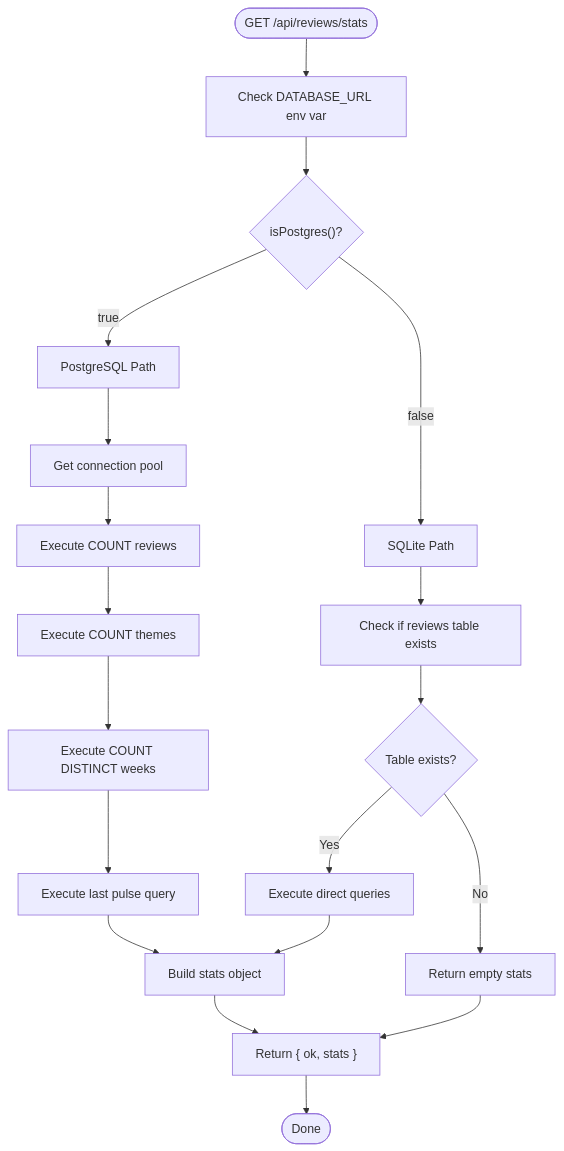
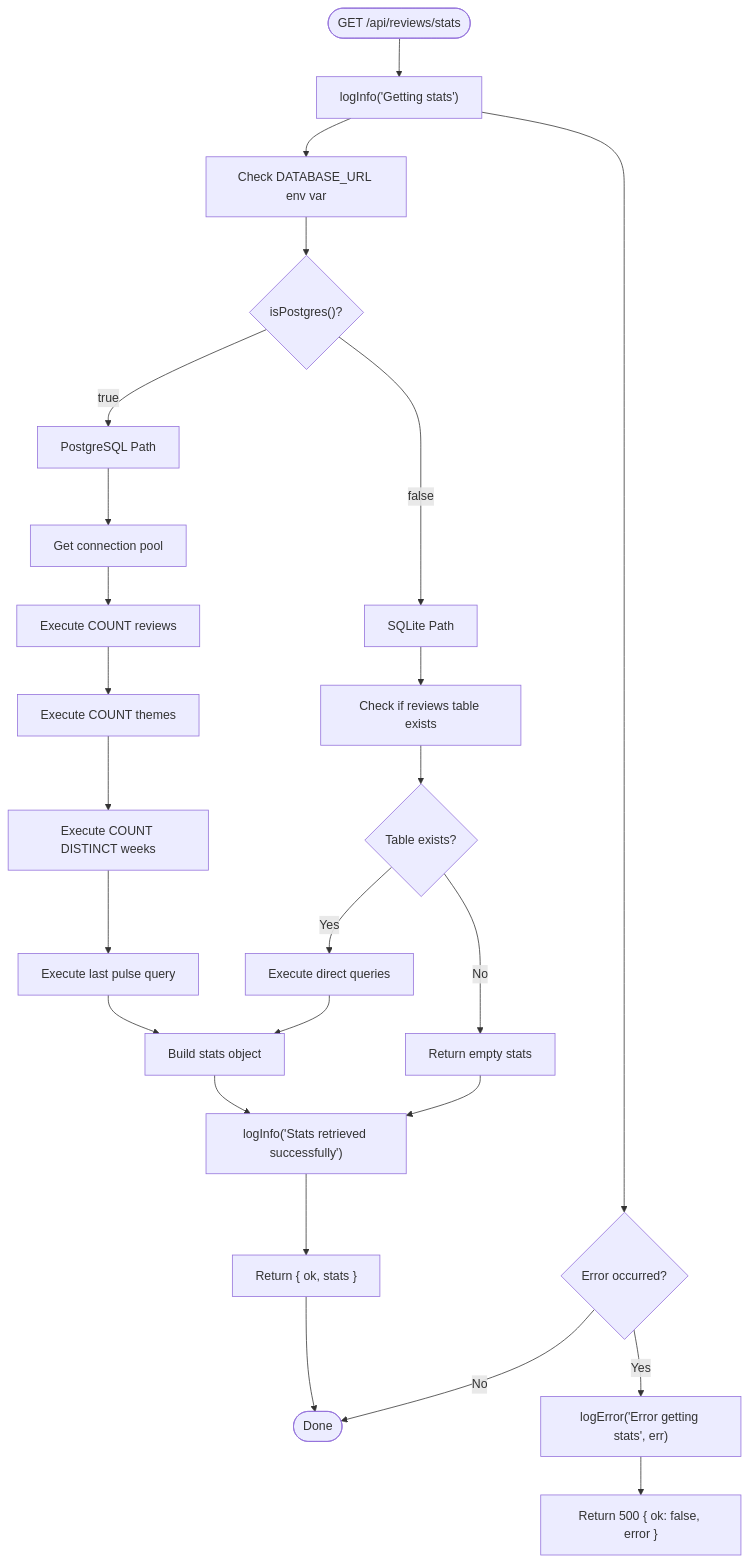
The third of 11 diagrams in .qoder/repowiki/en/content/API Reference/Phase 2 API Endpoints.md (aravinthraj-ramalingam/Groww-App-Review-Insights-Analyzer-), drawn with Mermaid before and after one commit. The commit also changed other lines of this file and 10 other files, not shown here.

````diff
--- a/.qoder/repowiki/en/content/API Reference/Phase 2 API Endpoints.md
+++ b/.qoder/repowiki/en/content/API Reference/Phase 2 API Endpoints.md
@@ -211,21 +238,27 @@
 ```mermaid
 flowchart TD
-Start(["GET /api/reviews/stats"]) --> CheckBackend["Check DATABASE_URL env var"]
+Start(["GET /api/reviews/stats"]) --> LogInfo["logInfo('Getting stats')"]
+LogInfo --> CheckBackend["Check DATABASE_URL env var"]
 CheckBackend --> IsPostgres{"isPostgres()? "}
 IsPostgres --> |true| UsePostgres["PostgreSQL Path"]
 IsPostgres --> |false| UseSQLite["SQLite Path"]
 UsePostgres --> PoolQuery["Get connection pool"]
 PoolQuery --> QueryReviews["Execute COUNT reviews"]
 QueryReviews --> QueryThemes["Execute COUNT themes"]
 QueryThemes --> QueryWeeks["Execute COUNT DISTINCT weeks"]
 QueryWeeks --> QueryLastPulse["Execute last pulse query"]
 QueryLastPulse --> BuildResponse["Build stats object"]
-BuildResponse --> ReturnOK["Return { ok, stats }"]
+BuildResponse --> LogSuccess["logInfo('Stats retrieved successfully')"]
+LogSuccess --> ReturnOK["Return { ok, stats }"]
 UseSQLite --> TableCheck["Check if reviews table exists"]
 TableCheck --> Exists{"Table exists?"}
 Exists --> |No| ReturnEmpty["Return empty stats"]
 Exists --> |Yes| QueryDirect["Execute direct queries"]
 QueryDirect --> BuildResponse
-ReturnEmpty --> ReturnOK
+ReturnEmpty --> LogSuccess
 ReturnOK --> End(["Done"])
+LogInfo --> ErrorCheck{"Error occurred?"}
+ErrorCheck --> |Yes| LogError["logError('Error getting stats', err)"]
+LogError --> ReturnError["Return 500 { ok: false, error }"]
+ErrorCheck --> |No| End
 ```
````
